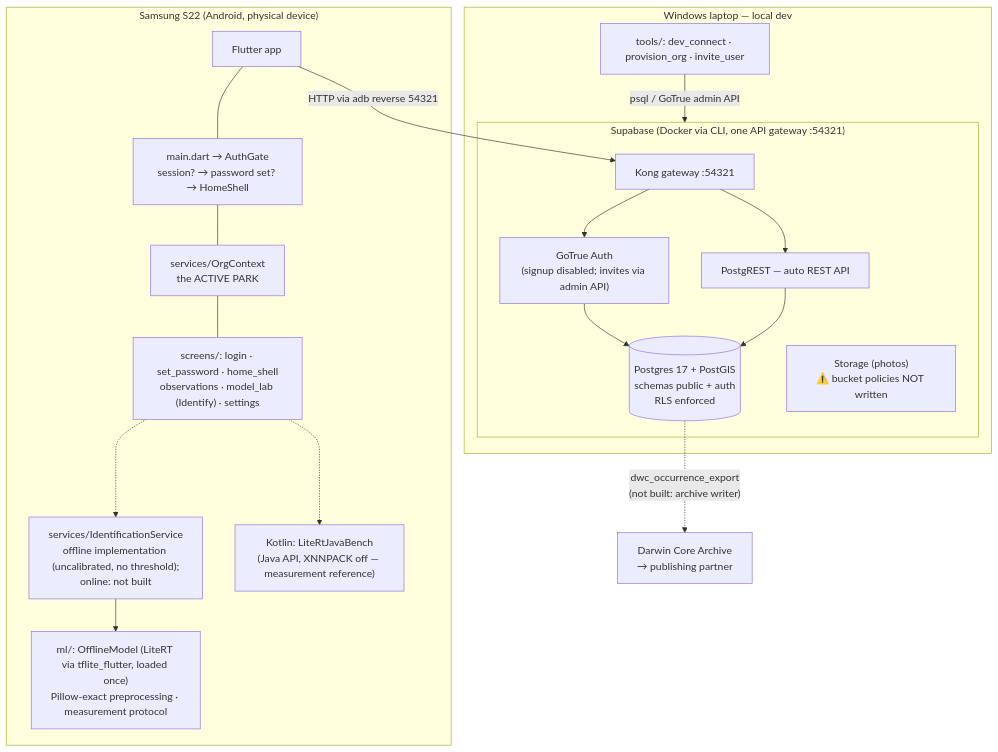
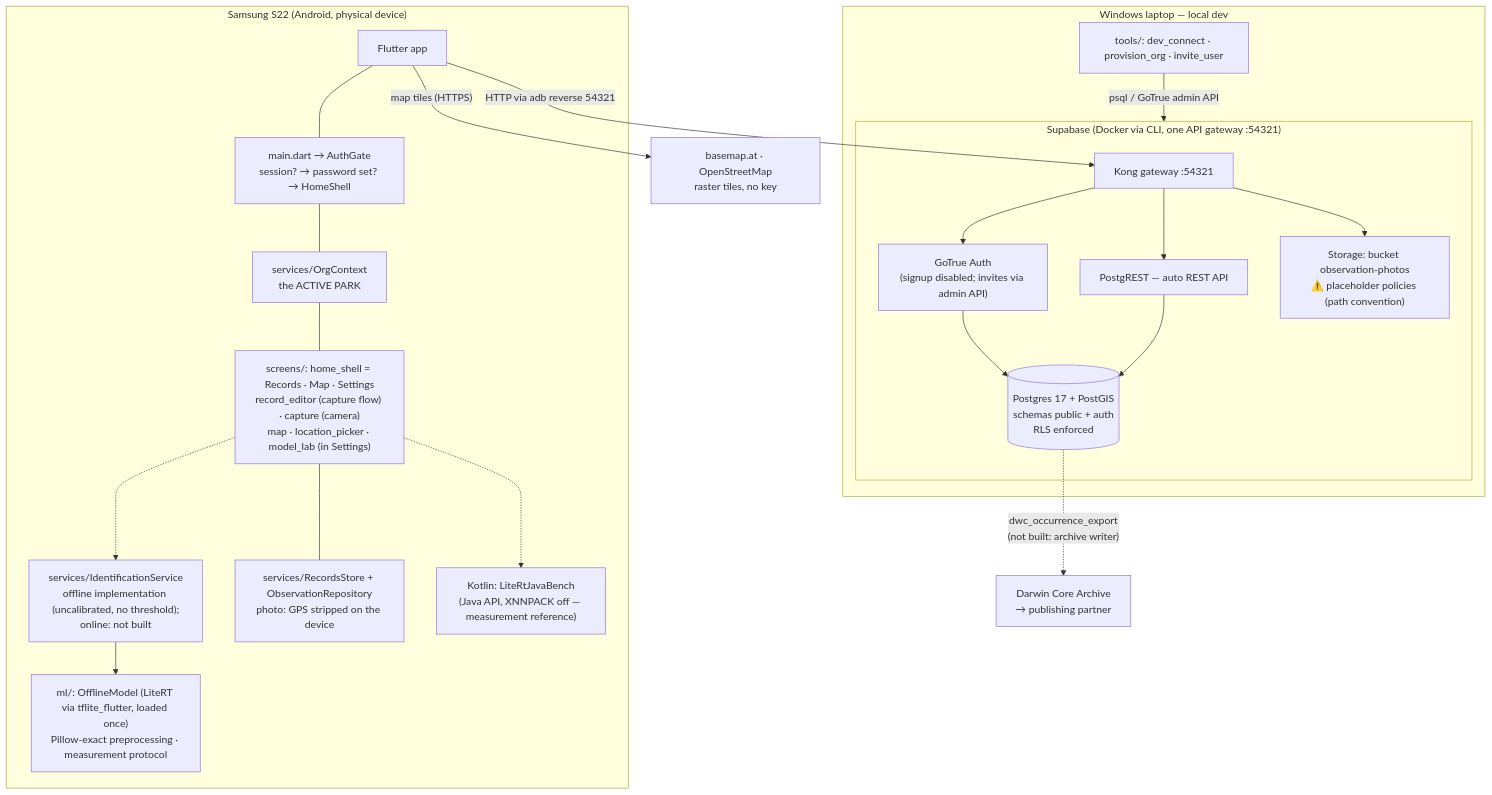
Before and after one commit to wygol/conservation_app_master_thesis: the diagram in docs/architecture.md, drawn with Mermaid. The commit also changed other lines of this file and 73 other files, not shown here.

````diff
--- a/docs/architecture.md
+++ b/docs/architecture.md
@@ -16,36 +17,40 @@
 ```mermaid
 flowchart TB
     subgraph PHONE["Samsung S22 (Android, physical device)"]
         APP["Flutter app"]
         AG["main.dart → AuthGate<br/>session? → password set? → HomeShell"]
         OC["services/OrgContext<br/>the ACTIVE PARK"]
         IS["services/IdentificationService<br/>offline implementation (uncalibrated, no threshold);<br/>online: not built"]
-        SC["screens/: login · set_password · home_shell<br/>observations · model_lab (Identify) · settings"]
+        SC["screens/: home_shell = Records · Map · Settings<br/>record_editor (capture flow) · capture (camera)<br/>map · location_picker · model_lab (in Settings)"]
+        RS["services/RecordsStore + ObservationRepository<br/>photo: GPS stripped on the device"]
         ML["ml/: OfflineModel (LiteRT via tflite_flutter, loaded once)<br/>Pillow-exact preprocessing · measurement protocol"]
         KT["Kotlin: LiteRtJavaBench<br/>(Java API, XNNPACK off — measurement reference)"]
         APP --- AG --- OC --- SC
+        SC --- RS
         SC -.-> IS
         IS --> ML
         SC -.-> KT
     end
 
     subgraph LAPTOP["Windows laptop — local dev"]
         subgraph SUPA["Supabase (Docker via CLI, one API gateway :54321)"]
             KONG["Kong gateway :54321"]
             GOTRUE["GoTrue Auth<br/>(signup disabled; invites via admin API)"]
             REST["PostgREST — auto REST API"]
             PG[("Postgres 17 + PostGIS<br/>schemas public + auth<br/>RLS enforced")]
-            ST["Storage (photos)<br/>⚠️ bucket policies NOT written"]
+            ST["Storage: bucket observation-photos<br/>⚠️ placeholder policies (path convention)"]
         end
         TOOLS["tools/: dev_connect · provision_org · invite_user"]
     end
 
     APP -- "HTTP via adb reverse 54321" --> KONG
     KONG --> GOTRUE
     KONG --> REST
+    KONG --> ST
+    APP -- "map tiles (HTTPS)" --> TILES["basemap.at · OpenStreetMap<br/>raster tiles, no key"]
     GOTRUE --> PG
     REST --> PG
     TOOLS -- "psql / GoTrue admin API" --> SUPA
 
     PG -.->|"dwc_occurrence_export<br/>(not built: archive writer)"| GBIF["Darwin Core Archive<br/>→ publishing partner"]
 ```
````
